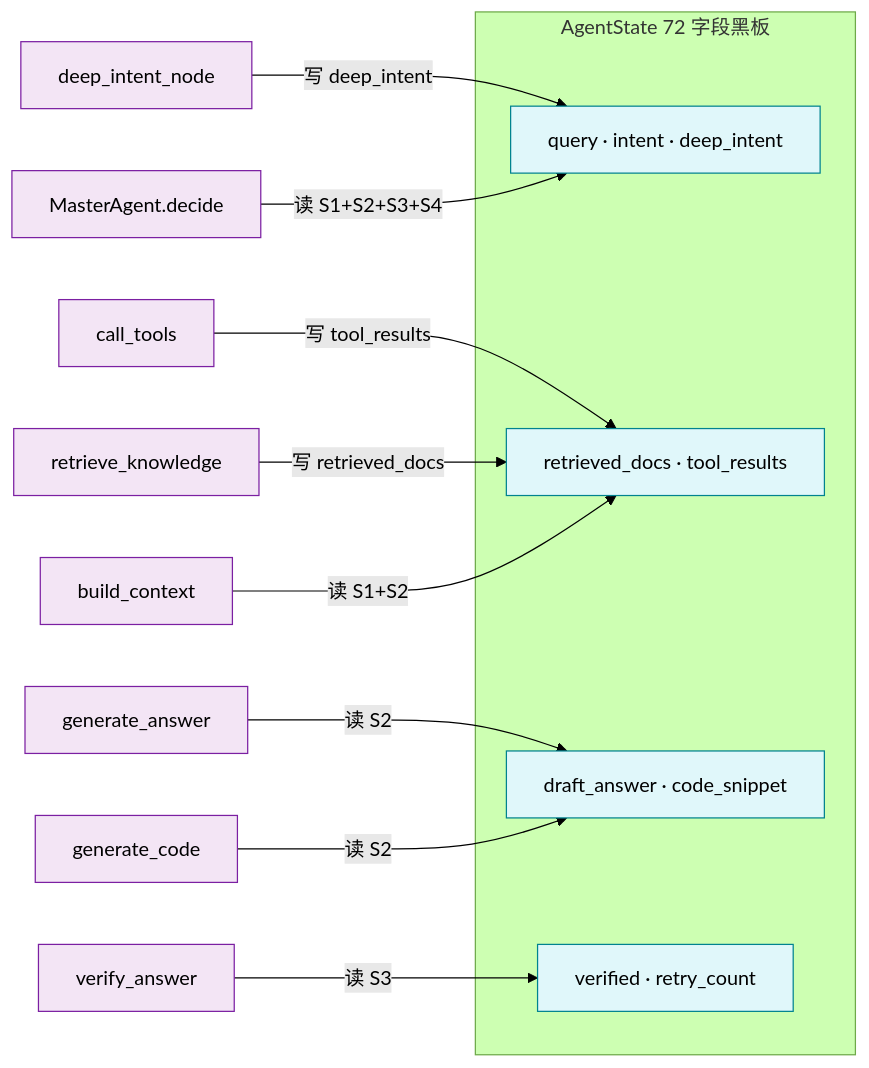
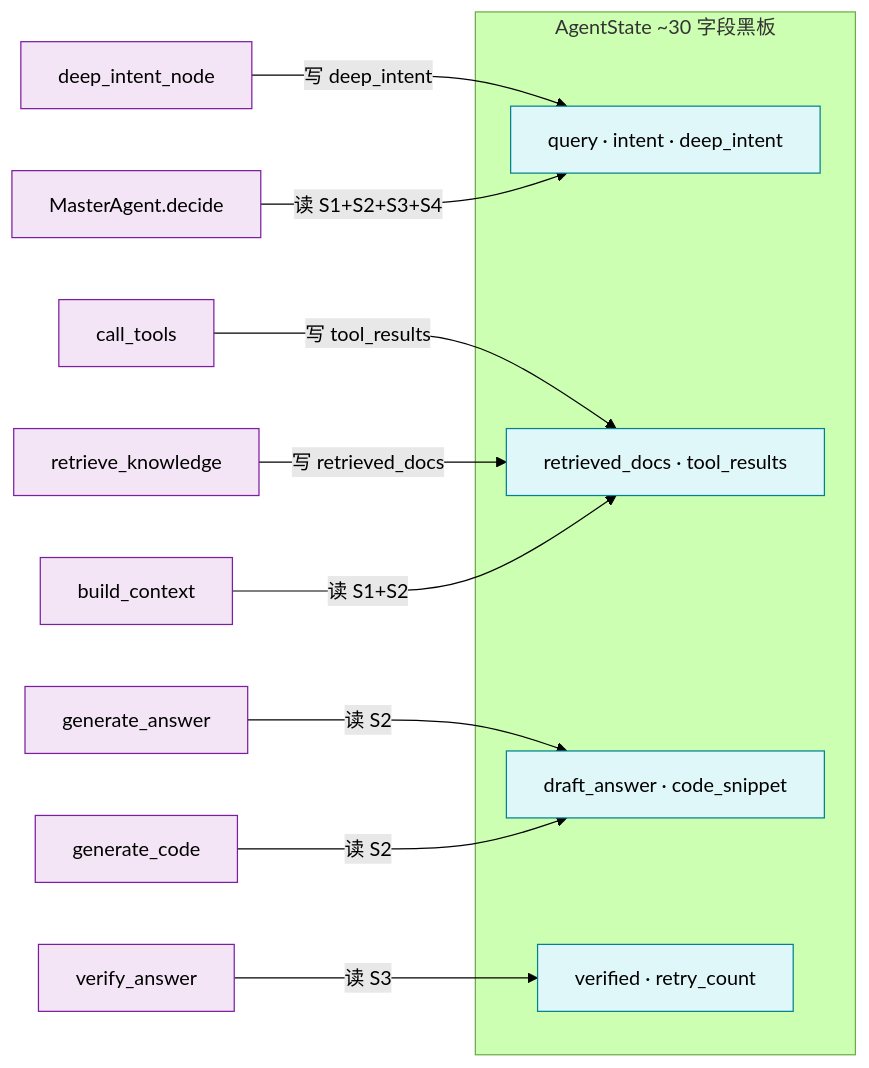
Before and after one commit to jackone666/enterprise_agentic_rag: the fourth of 4 diagrams in technical_deep_dive/主题/02-Agent设计.md, drawn with Mermaid (forest theme). The commit also changed other lines of this file and 13 other files, not shown here.

````diff
--- a/technical_deep_dive/主题/02-Agent设计.md
+++ b/technical_deep_dive/主题/02-Agent设计.md
@@ -526,23 +530,23 @@
 ```mermaid
 graph LR
-    subgraph State[AgentState 72 字段黑板]
+    subgraph State[AgentState ~30 字段黑板]
         S1[query · intent · deep_intent]
         S2[retrieved_docs · tool_results]
         S3[draft_answer · code_snippet]
         S4[verified · retry_count]
     end
 
     N1[deep_intent_node] -->|写 deep_intent| S1
     N2[call_tools] -->|写 tool_results| S2
     N3[retrieve_knowledge] -->|写 retrieved_docs| S2
     N4[build_context] -->|读 S1+S2| S2
     N5[generate_answer] -->|读 S2| S3
     N6[generate_code] -->|读 S2| S3
     N7[verify_answer] -->|读 S3| S4
     N8[MasterAgent.decide] -->|读 S1+S2+S3+S4| S1
 
     classDef state fill:#E0F7FA,stroke:#00838F
     classDef node fill:#F3E5F5,stroke:#7B1FA2
     class S1,S2,S3,S4 state
     class N1,N2,N3,N4,N5,N6,N7,N8 node
 ```
````
